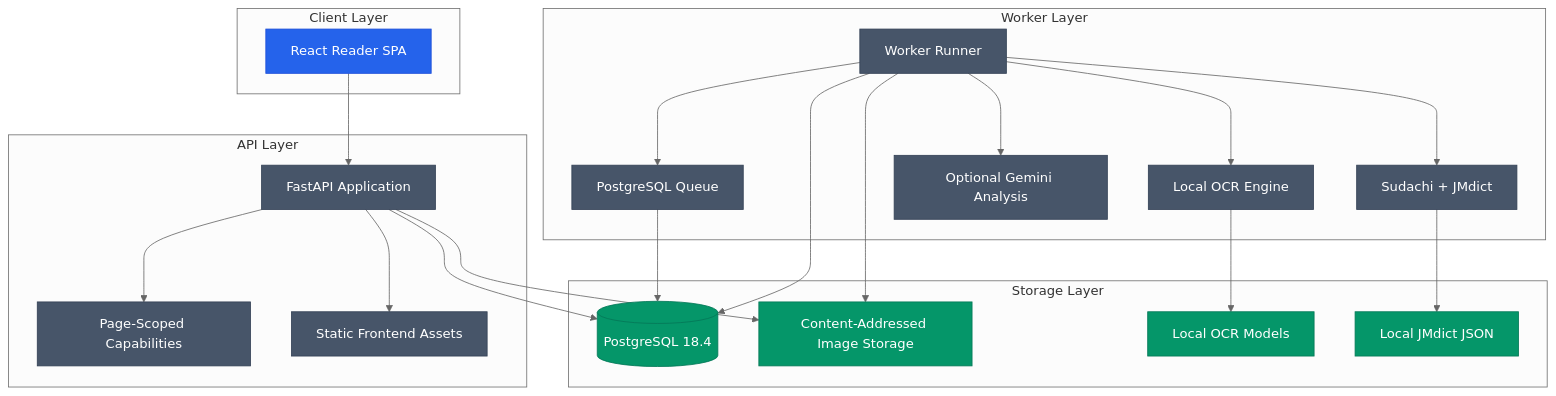
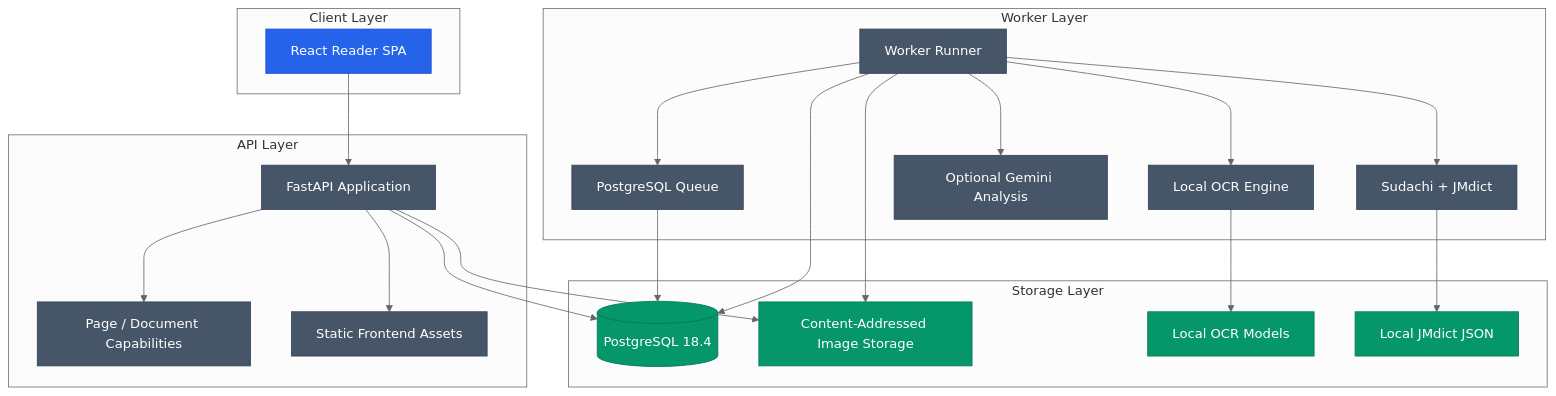
One commit to Gyliardson/mangasensei changed the diagram in README.md. Above: the diagram before and after it, drawn with Mermaid (neutral theme). The commit also changed other lines of this file, not shown here.

Commit message:
docs: document multi-image imports in main README

````diff
--- a/README.md
+++ b/README.md
@@ -54,44 +56,44 @@
 ```mermaid
 flowchart TD
     subgraph Client["Client Layer"]
         Browser["React Reader SPA"]
     end
     subgraph API["API Layer"]
         FastAPI["FastAPI Application"]
-        Capabilities["Page-Scoped Capabilities"]
+        Capabilities["Page / Document Capabilities"]
         Static["Static Frontend Assets"]
     end
     subgraph Worker["Worker Layer"]
         Runner["Worker Runner"]
         Queue["PostgreSQL Queue"]
         OCR["Local OCR Engine"]
         Linguistics["Sudachi + JMdict"]
         Gemini["Optional Gemini Analysis"]
     end
     subgraph Storage["Storage Layer"]
         DB[("PostgreSQL 18.4")]
         Files["Content-Addressed Image Storage"]
         Models["Local OCR Models"]
         Dictionary["Local JMdict JSON"]
     end
     Browser --> FastAPI
     FastAPI --> Capabilities
     FastAPI --> Static
     FastAPI --> DB
     FastAPI --> Files
     Queue --> DB
     Runner --> Queue
     Runner --> OCR
     Runner --> Linguistics
     Runner --> Gemini
     OCR --> Models
     Linguistics --> Dictionary
     Runner --> DB
     Runner --> Files
     classDef client fill:#2563eb,stroke:#1d4ed8,color:#ffffff;
     classDef service fill:#475569,stroke:#334155,color:#ffffff;
     classDef data fill:#059669,stroke:#047857,color:#ffffff;
     class Browser client;
     class FastAPI,Capabilities,Static,Runner,Queue,OCR,Linguistics,Gemini service;
     class DB,Files,Models,Dictionary data;
 ```
````
